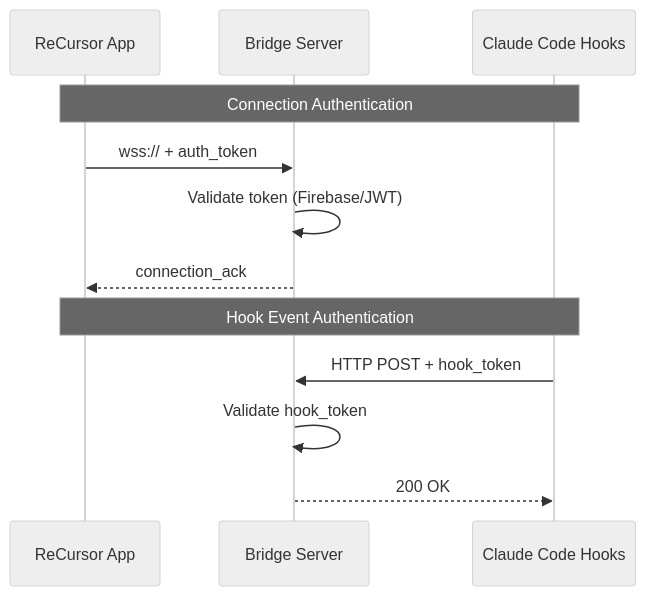
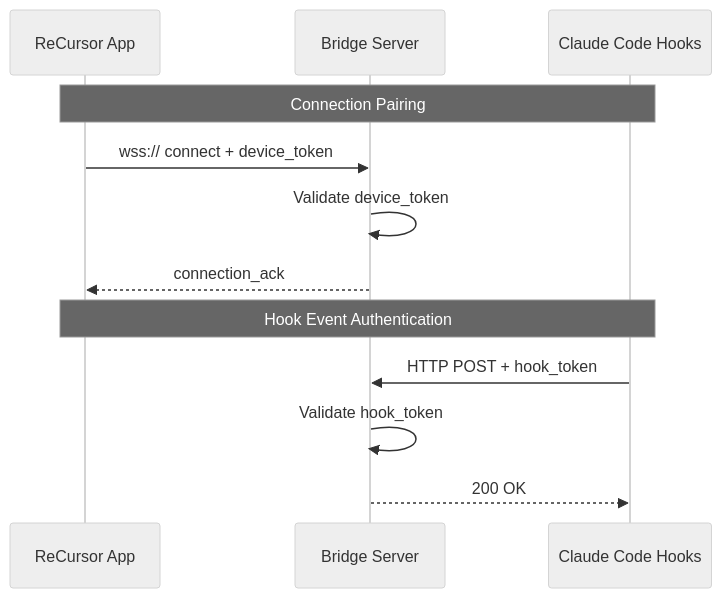
Before and after one commit to RecursiveDev/ReCursor: the diagram in docs/security-architecture.md, drawn with Mermaid (neutral theme). The commit also changed other lines of this file and 23 other files, not shown here.

First line of the commit message:
docs: update architecture and wireframes for startup flow

````diff
--- a/docs/security-architecture.md
+++ b/docs/security-architecture.md
@@ -17,16 +17,16 @@
 ```mermaid
 sequenceDiagram
     participant Mobile as ReCursor App
     participant Bridge as Bridge Server
     participant Hooks as Claude Code Hooks
 
-    Note over Mobile,Hooks: Connection Authentication
-    Mobile->>Bridge: wss:// + auth_token
-    Bridge->>Bridge: Validate token (Firebase/JWT)
+    Note over Mobile,Hooks: Connection Pairing
+    Mobile->>Bridge: wss:// connect + device_token
+    Bridge->>Bridge: Validate device_token
     Bridge-->>Mobile: connection_ack
 
     Note over Mobile,Hooks: Hook Event Authentication
     Hooks->>Bridge: HTTP POST + hook_token
     Bridge->>Bridge: Validate hook_token
     Bridge-->>Hooks: 200 OK
 ```
````
